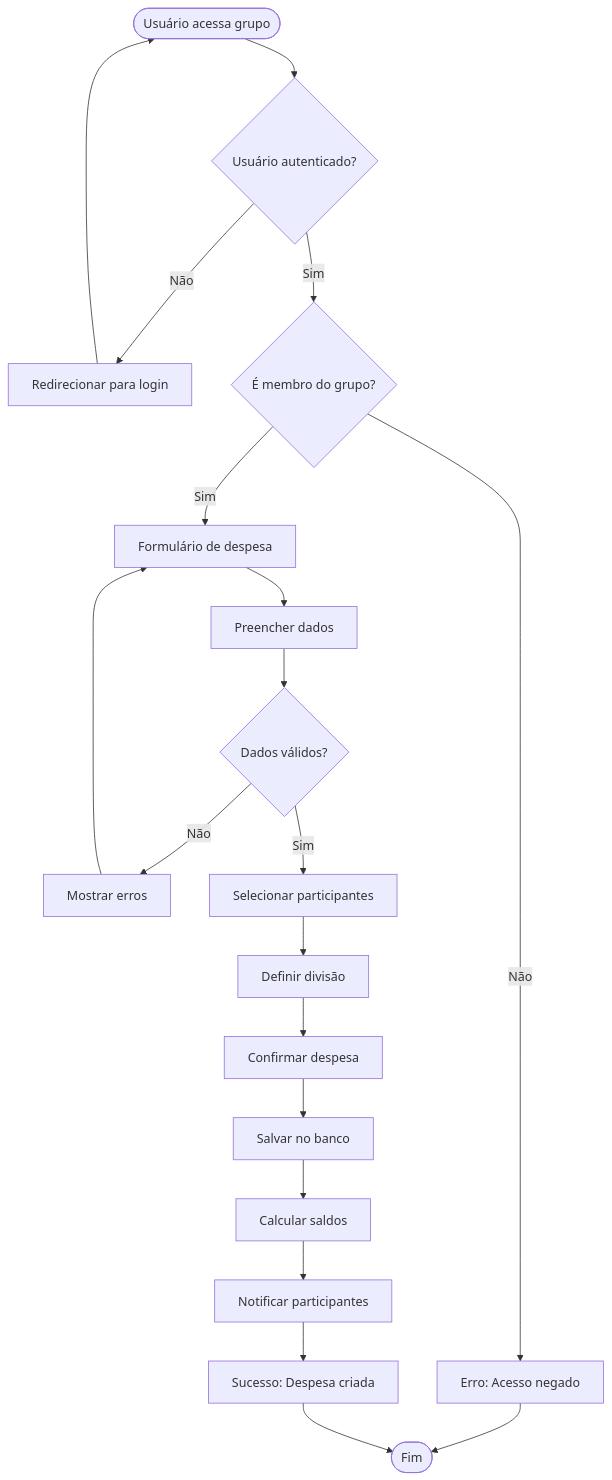
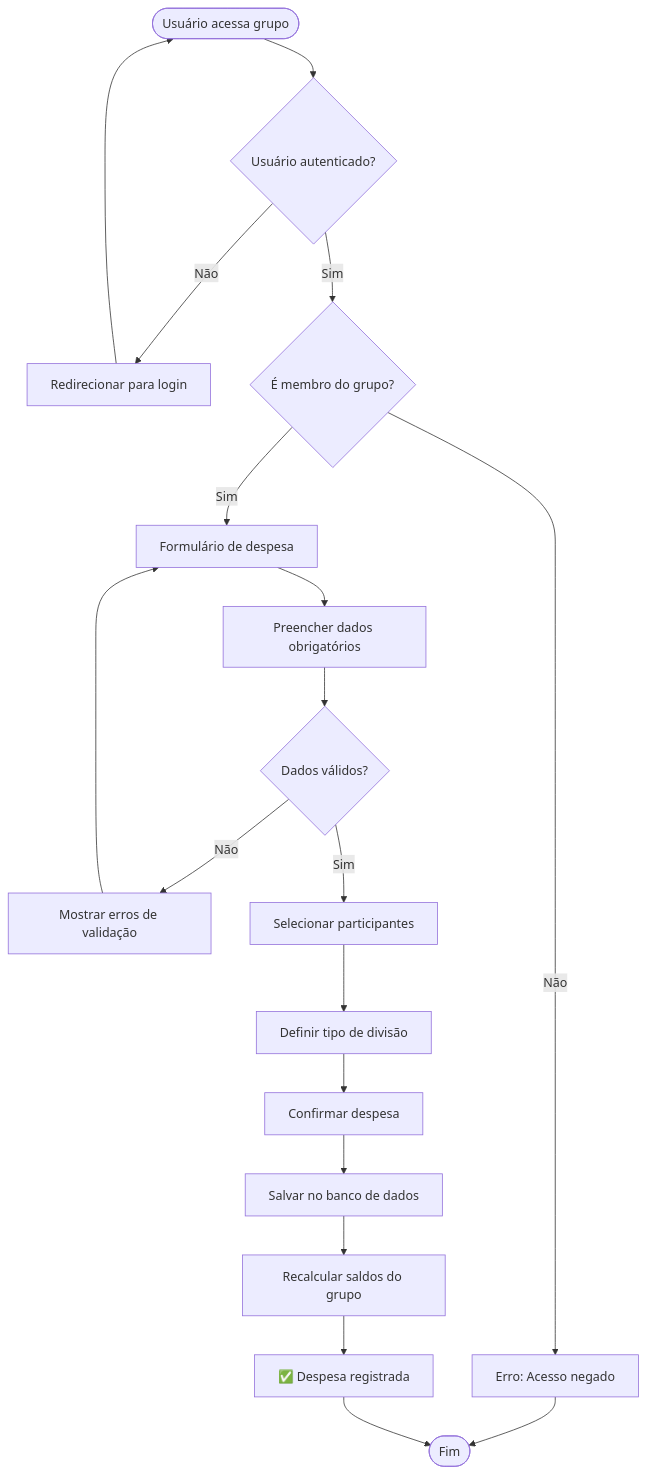
One commit to Finboostplus/finboostplus-app changed the fifth of 8 diagrams in docs/project/diagrams.md. Above: the diagram before and after it, drawn with Mermaid. The commit also changed other lines of this file and 10 other files, not shown here.

````diff
--- a/docs/project/diagrams.md
+++ b/docs/project/diagrams.md
@@ -215,26 +321,25 @@
 ```mermaid
 flowchart TD
     Start([Usuário acessa grupo]) --> Auth{Usuário autenticado?}
     Auth -->|Não| Login[Redirecionar para login]
     Auth -->|Sim| Member{É membro do grupo?}
     Member -->|Não| Error[Erro: Acesso negado]
     Member -->|Sim| Form[Formulário de despesa]
     
-    Form --> Fill[Preencher dados]
+    Form --> Fill[Preencher dados obrigatórios]
     Fill --> Validate{Dados válidos?}
-    Validate -->|Não| FormError[Mostrar erros]
+    Validate -->|Não| FormError[Mostrar erros de validação]
     FormError --> Form
     
     Validate -->|Sim| Select[Selecionar participantes]
-    Select --> Split[Definir divisão]
+    Select --> Split[Definir tipo de divisão]
     Split --> Confirm[Confirmar despesa]
     
-    Confirm --> Save[Salvar no banco]
-    Save --> CalcBalance[Calcular saldos]
-    CalcBalance --> Notify[Notificar participantes]
-    Notify --> Success[Sucesso: Despesa criada]
+    Confirm --> Save[Salvar no banco de dados]
+    Save --> CalcBalance[Recalcular saldos do grupo]
+    CalcBalance --> Success[✅ Despesa registrada]
     
     Login --> Start
     Error --> End([Fim])
     Success --> End
 ```
````
